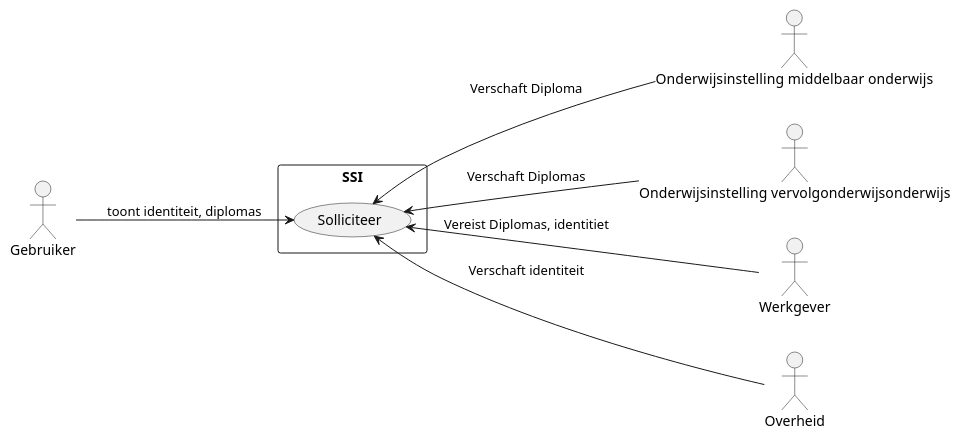
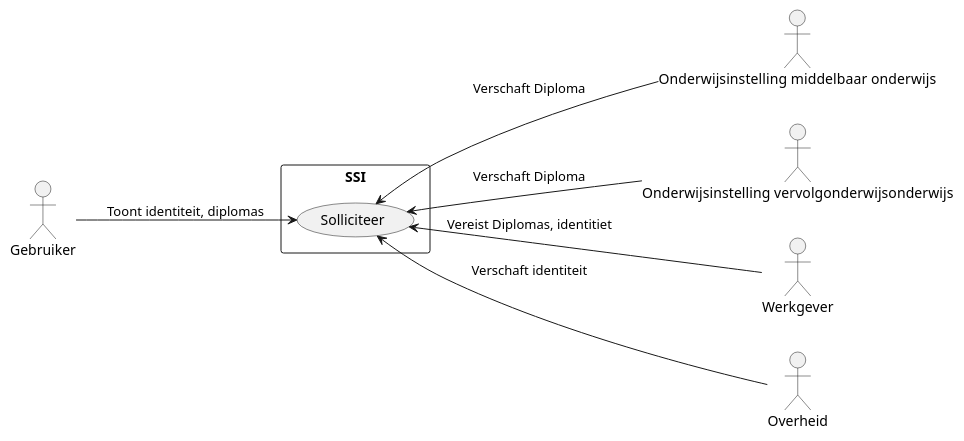
The fourth of 7 diagrams in Use Cases.md (SelSolvID/docs), drawn with PlantUML before and after one commit. The commit also changed other lines of this file, not shown here.

````diff
--- a/Use Cases.md
+++ b/Use Cases.md
@@ -146,21 +181,21 @@
 ```plantuml
 @startuml
 
 actor "Gebruiker" as user
 actor "Onderwijsinstelling  middelbaar onderwijs" as omo
 actor "Onderwijsinstelling  vervolgonderwijsonderwijs" as ovo
 actor "Werkgever" as wg
 actor "Overheid" as o
 rectangle SSI {
   left to right direction
     usecase "Solliciteer" as UC3
   }
 
-user --> UC3 : toont identiteit, diplomas
+user --> UC3 : Toont identiteit, diplomas
 UC3 <-- wg : Vereist Diplomas, identitiet
 UC3 <-- omo: Verschaft Diploma
-UC3 <-- ovo: Verschaft Diplomas
+UC3 <-- ovo: Verschaft Diploma
 UC3 <-- o : Verschaft identiteit
 
 @enduml
 ```
````
